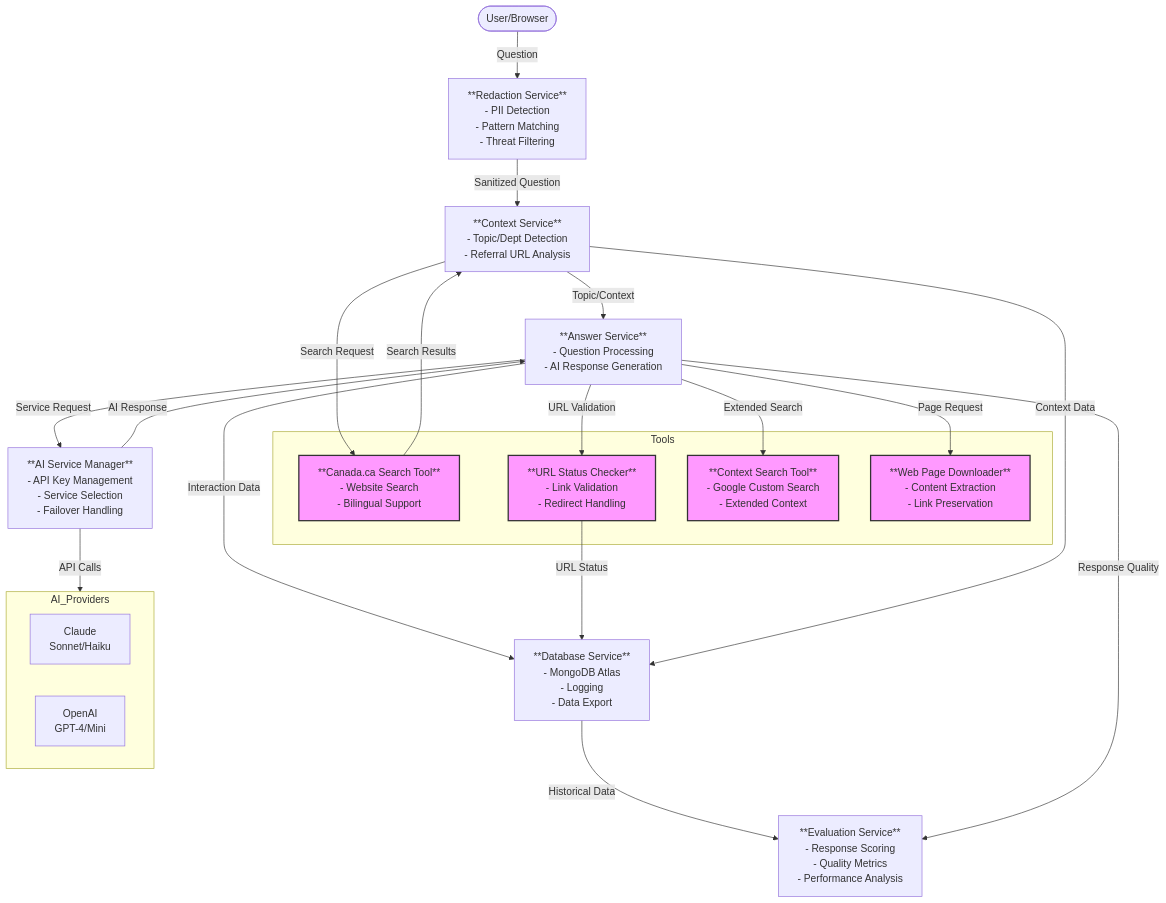
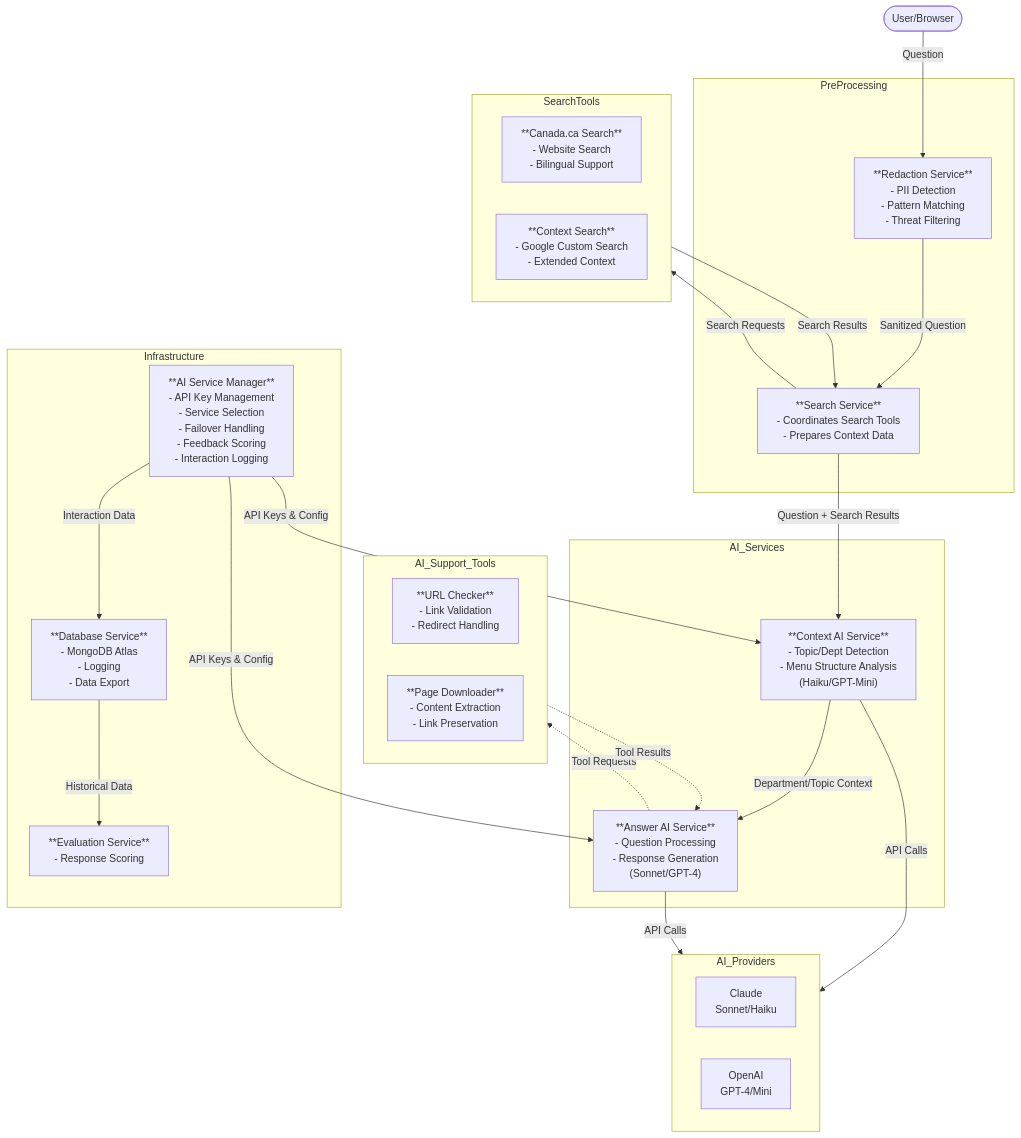
One commit to ryanhyma/react-answers changed the diagram in README.md. Above: the diagram before and after it, drawn with Mermaid.

````diff
--- a/README.md
+++ b/README.md
@@ -165,48 +165,55 @@
 ```mermaid
 flowchart TB
     User(["User/Browser"])
-    Redaction["**Redaction Service**<br>- PII Detection<br>- Pattern Matching<br>- Threat Filtering"]
-    Context["**Context Service**<br>- Topic/Dept Detection<br>- Referral URL Analysis"]
-    Answer["**Answer Service**<br>- Question Processing<br>- AI Response Generation"]
-    AIManager["**AI Service Manager**<br>- API Key Management<br>- Service Selection<br>- Failover Handling"]
-    DB["**Database Service**<br>- MongoDB Atlas<br>- Logging<br>- Data Export"]
-    Eval["**Evaluation Service**<br>- Response Scoring<br>- Quality Metrics<br>- Performance Analysis"]
+    
+    subgraph PreProcessing
+        Redaction["**Redaction Service**<br>- PII Detection<br>- Pattern Matching<br>- Threat Filtering"]
+        SearchService["**Search Service**<br>- Coordinates Search Tools<br>- Prepares Context Data"]
+    end
 
-    subgraph Tools
-        SearchTool["**Canada.ca Search Tool**<br>- Website Search<br>- Bilingual Support"]
-        URLChecker["**URL Status Checker**<br>- Link Validation<br>- Redirect Handling"]
-        ContextSearch["**Context Search Tool**<br>- Google Custom Search<br>- Extended Context"]
-        PageDownloader["**Web Page Downloader**<br>- Content Extraction<br>- Link Preservation"]
+    subgraph SearchTools
+        SearchTool["**Canada.ca Search**<br>- Website Search<br>- Bilingual Support"]
+        ContextSearch["**Context Search**<br>- Google Custom Search<br>- Extended Context"]
+    end
+
+    subgraph AI_Services
+        Context["**Context AI Service**<br>- Topic/Dept Detection<br>- Menu Structure Analysis<br>(Haiku/GPT-Mini)"]
+        Answer["**Answer AI Service**<br>- Question Processing<br>- Response Generation<br>(Sonnet/GPT-4)"]
+    end
+
+    subgraph AI_Support_Tools
+        URLChecker["**URL Checker**<br>- Link Validation<br>- Redirect Handling"]
+        PageDownloader["**Page Downloader**<br>- Content Extraction<br>- Link Preservation"]
+    end
+
+    subgraph Infrastructure
+        AIManager["**AI Service Manager**<br>- API Key Management<br>- Service Selection<br>- Failover Handling<br>- Feedback Scoring<br>- Interaction Logging"]
+        DB["**Database Service**<br>- MongoDB Atlas<br>- Logging<br>- Data Export"]
+        Eval["**Evaluation Service**<br>- Response Scoring"]
     end
     
     User -->|Question| Redaction
-    Redaction -->|Sanitized Question| Context
+    Redaction -->|Sanitized Question| SearchService
     
-    Context -->|Search Request| SearchTool
-    SearchTool -->|Search Results| Context
-    Context -->|Topic/Context| Answer
+    SearchService -->|Search Requests| SearchTools
+    SearchTools -->|Search Results| SearchService
+    SearchService -->|Question + Search Results| Context
     
-    Answer -->|Service Request| AIManager
-    Answer -->|URL Validation| URLChecker
-    Answer -->|Page Request| PageDownloader
-    Answer -->|Extended Search| ContextSearch
+    Context -->|Department/Topic Context| Answer
     
-    AIManager -->|AI Response| Answer
+    Answer -.->|Tool Requests| AI_Support_Tools
+    AI_Support_Tools -.->|Tool Results| Answer
     
-    Answer -->|Interaction Data| DB
-    URLChecker -->|URL Status| DB
-    Context -->|Context Data| DB
-    
+    AIManager -->|API Keys & Config| Context
+    AIManager -->|API Keys & Config| Answer
+    AIManager -->|Interaction Data| DB
     DB -->|Historical Data| Eval
-    Answer -->|Response Quality| Eval
     
     subgraph AI_Providers
         Claude["Claude<br>Sonnet/Haiku"]
         GPT["OpenAI<br>GPT-4/Mini"]
     end
     
-    AIManager -->|API Calls| AI_Providers
-
-    classDef toolbox fill:#f9f,stroke:#333,stroke-width:2px
-    class SearchTool,URLChecker,ContextSearch,PageDownloader toolbox
+    Context -->|API Calls| AI_Providers
+    Answer -->|API Calls| AI_Providers
 ```
````
